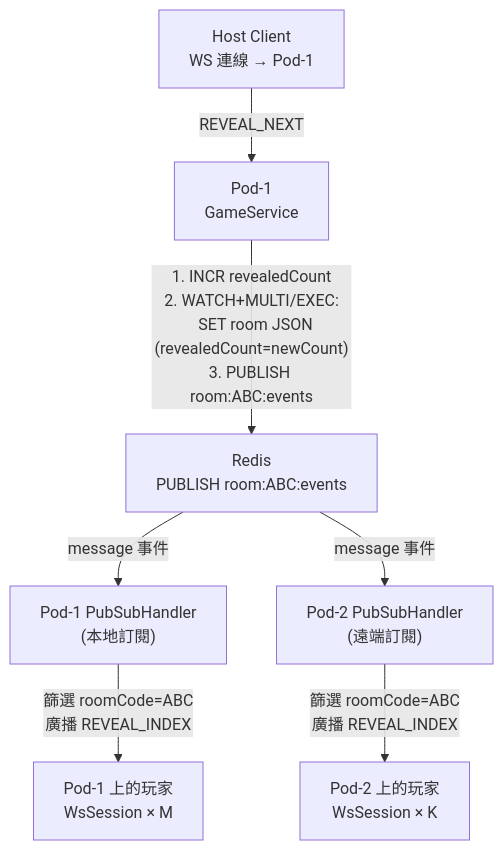
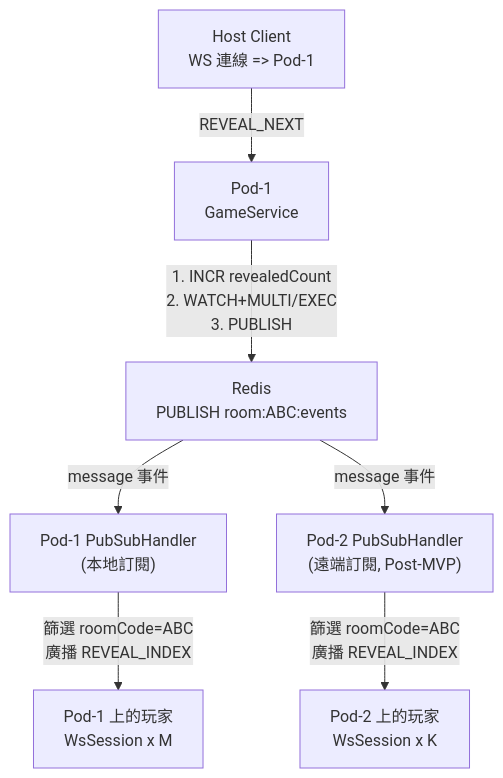
Before and after one commit to ibalasite/climb_stairs: the eighth of 10 diagrams in docs/ARCH.md, drawn with Mermaid. The commit also changed other lines of this file and 2 other files, not shown here.

First line of the commit message:
docs(devsop)[STEP-09]: 並行生成 ARCH/API/SCHEMA

````diff
--- a/docs/ARCH.md
+++ b/docs/ARCH.md
@@ -346,17 +262,17 @@
 ```mermaid
 graph TD
-    HostWS["Host Client\nWS 連線 → Pod-1"]
+    HostWS["Host Client\nWS 連線 => Pod-1"]
     Pod1["Pod-1\nGameService"]
     Redis["Redis\nPUBLISH room:ABC:events"]
     Pod1Sub["Pod-1 PubSubHandler\n(本地訂閱)"]
-    Pod2Sub["Pod-2 PubSubHandler\n(遠端訂閱)"]
-    PlayersPod1["Pod-1 上的玩家\nWsSession × M"]
-    PlayersPod2["Pod-2 上的玩家\nWsSession × K"]
+    Pod2Sub["Pod-2 PubSubHandler\n(遠端訂閱, Post-MVP)"]
+    PlayersPod1["Pod-1 上的玩家\nWsSession x M"]
+    PlayersPod2["Pod-2 上的玩家\nWsSession x K"]
 
     HostWS -->|"REVEAL_NEXT"| Pod1
-    Pod1 -->|"1. INCR revealedCount\n2. WATCH+MULTI/EXEC:\n   SET room JSON (revealedCount=newCount)\n3. PUBLISH room:ABC:events"| Redis
+    Pod1 -->|"1. INCR revealedCount\n2. WATCH+MULTI/EXEC\n3. PUBLISH"| Redis
     Redis -->|"message 事件"| Pod1Sub
     Redis -->|"message 事件"| Pod2Sub
     Pod1Sub -->|"篩選 roomCode=ABC\n廣播 REVEAL_INDEX"| PlayersPod1
     Pod2Sub -->|"篩選 roomCode=ABC\n廣播 REVEAL_INDEX"| PlayersPod2
 ```
````
